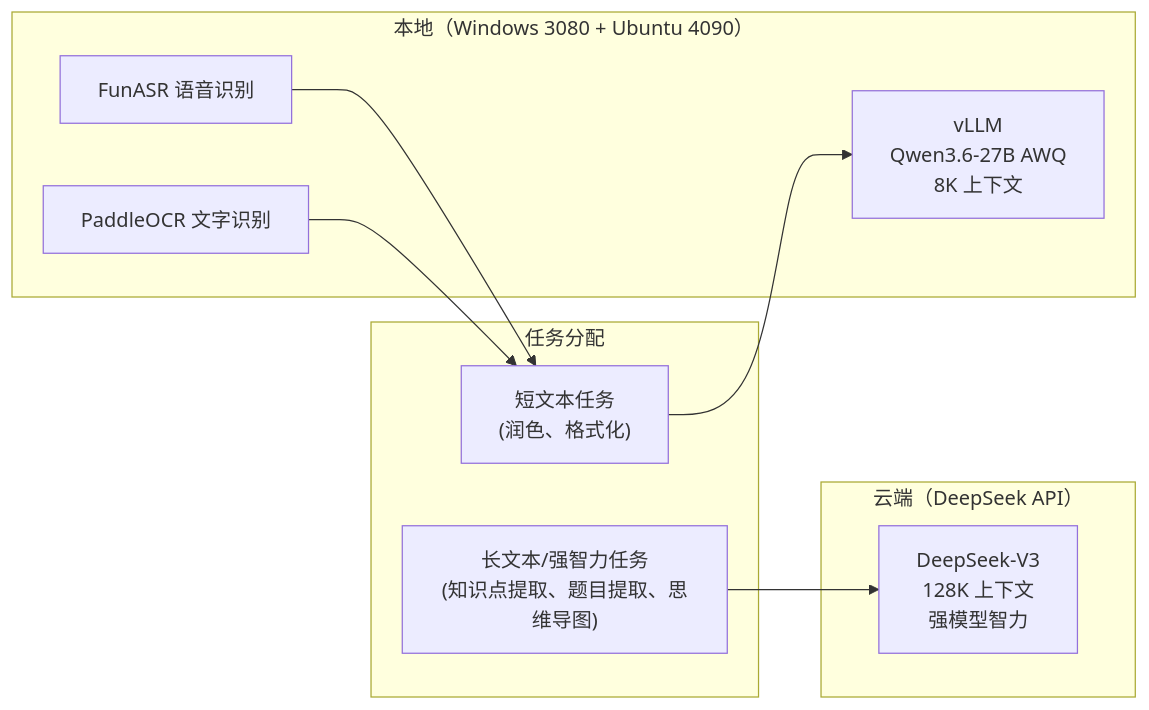
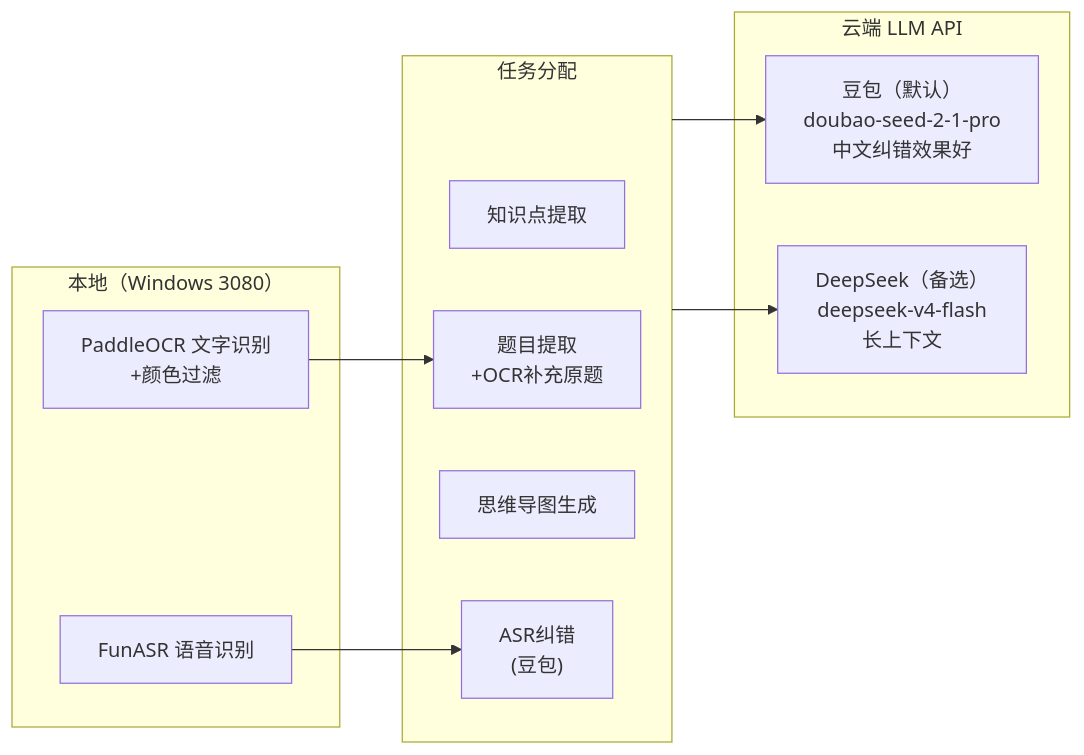
Before and after one commit to toddhuang/lesson-digest: the second of 3 diagrams in Document/开发文档/02_架构设计.md, drawn with Mermaid. The commit also changed other lines of this file and 19 other files, not shown here.

````diff
--- a/Document/开发文档/02_架构设计.md
+++ b/Document/开发文档/02_架构设计.md
@@ -373,22 +390,24 @@
 ```mermaid
 flowchart LR
-    subgraph Local["本地（Windows 3080 + Ubuntu 4090）"]
+    subgraph Local["本地（Windows 3080）"]
         ASR["FunASR 语音识别"]
-        OCR["PaddleOCR 文字识别"]
-        vLLM["vLLM<br/>Qwen3.6-27B AWQ<br/>8K 上下文"]
+        OCR["PaddleOCR 文字识别<br/>+颜色过滤"]
     end
 
-    subgraph Cloud["云端（DeepSeek API）"]
-        DeepSeek["DeepSeek-V3<br/>128K 上下文<br/>强模型智力"]
+    subgraph Cloud["云端 LLM API"]
+        Volcengine["豆包（默认）<br/>doubao-seed-2-1-pro<br/>中文纠错效果好"]
+        DeepSeek["DeepSeek（备选）<br/>deepseek-v4-flash<br/>长上下文"]
     end
 
     subgraph Tasks["任务分配"]
-        Short["短文本任务<br/>(润色、格式化)"]
-        Long["长文本/强智力任务<br/>(知识点提取、题目提取、思维导图)"]
+        Knowledge["知识点提取"]
+        Problem["题目提取<br/>+OCR补充原题"]
+        Mindmap["思维导图生成"]
+        Correction["ASR纠错<br/>(豆包)"]
     end
 
-    Short --> vLLM
-    Long --> DeepSeek
-    ASR --> Short
-    OCR --> Short
+    Tasks --> Volcengine
+    Tasks --> DeepSeek
+    ASR --> Correction
+    OCR --> Problem
 ```
````
